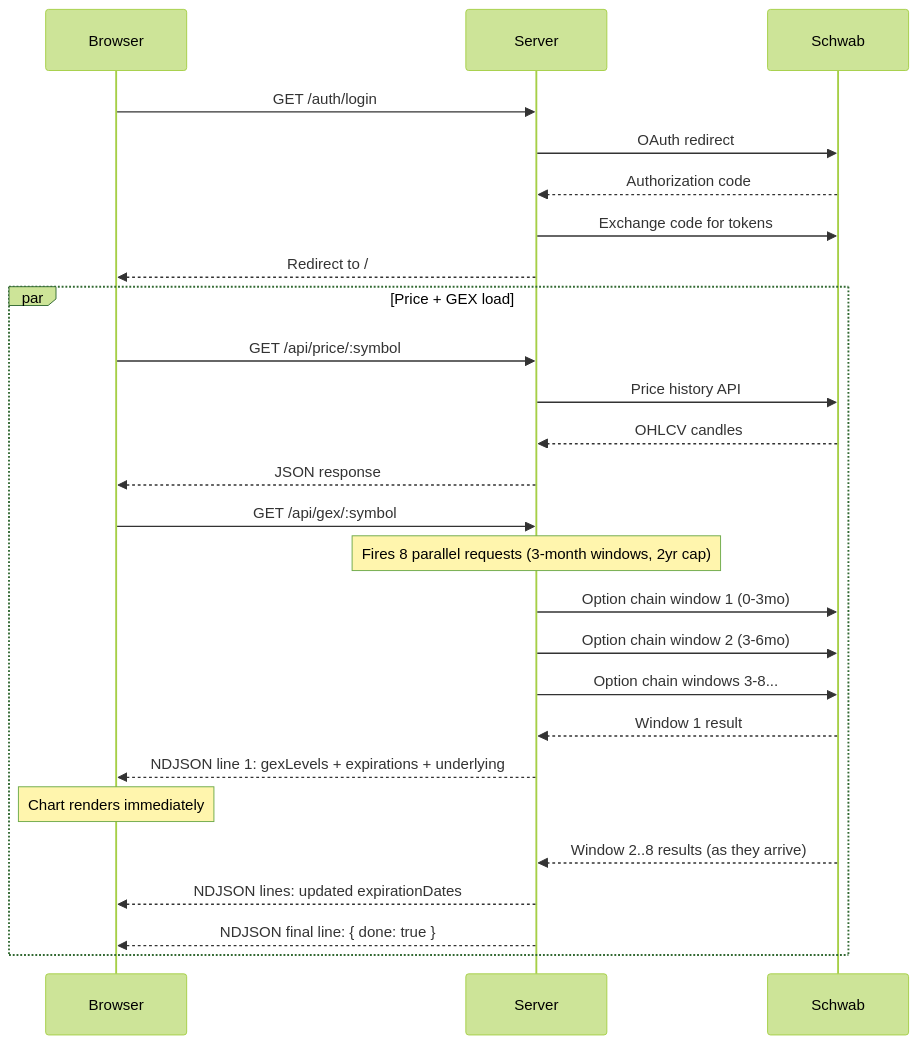
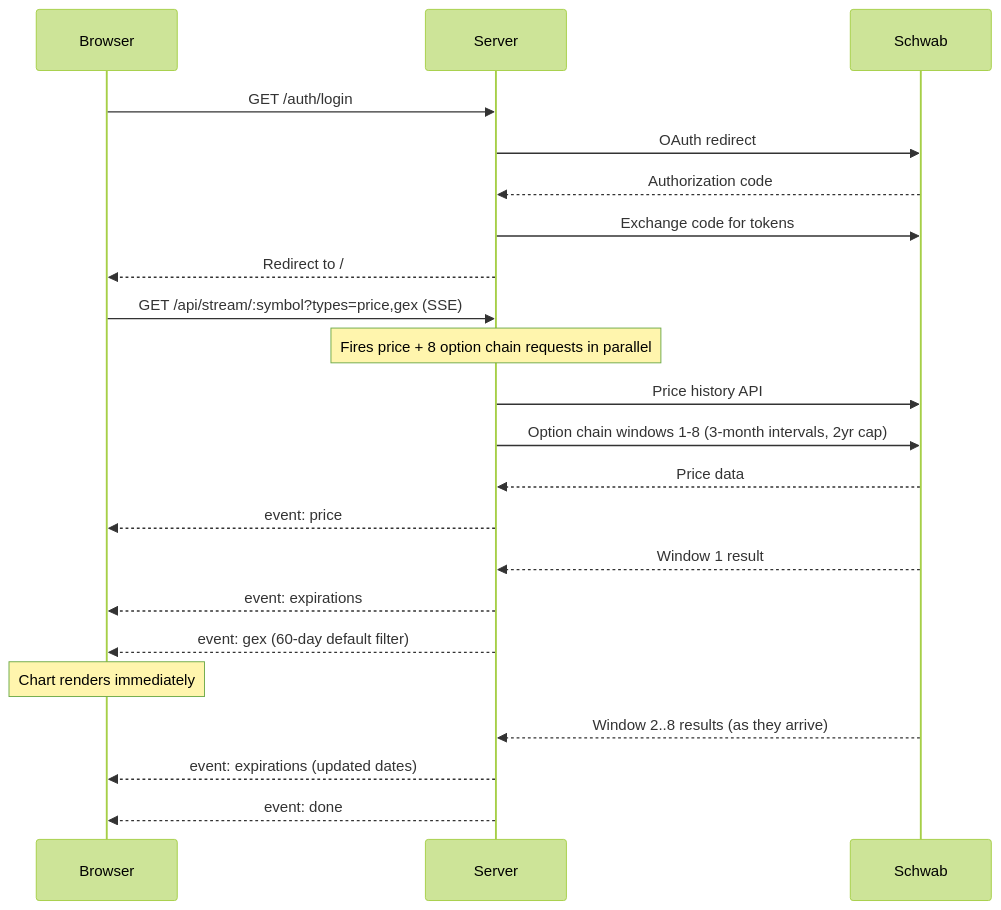
Before and after one commit to abhishek-cha/gex-dash: the diagram in README.md, drawn with Mermaid (forest theme). The commit also changed other lines of this file and 7 other files, not shown here.

Commit message:
migrate all data fetching to SSE

````diff
--- a/README.md
+++ b/README.md
@@ -34,31 +33,26 @@
 ```mermaid
 sequenceDiagram
     participant Browser
     participant Server
     participant Schwab
 
     Browser->>Server: GET /auth/login
     Server->>Schwab: OAuth redirect
     Schwab-->>Server: Authorization code
     Server->>Schwab: Exchange code for tokens
     Server-->>Browser: Redirect to /
 
-    par Price + GEX load
-        Browser->>Server: GET /api/price/:symbol
-        Server->>Schwab: Price history API
-        Schwab-->>Server: OHLCV candles
-        Server-->>Browser: JSON response
-
-        Browser->>Server: GET /api/gex/:symbol
-        Note over Server: Fires 8 parallel requests (3-month windows, 2yr cap)
-        Server->>Schwab: Option chain window 1 (0-3mo)
-        Server->>Schwab: Option chain window 2 (3-6mo)
-        Server->>Schwab: Option chain windows 3-8...
-        Schwab-->>Server: Window 1 result
-        Server-->>Browser: NDJSON line 1: gexLevels + expirations + underlying
-        Note over Browser: Chart renders immediately
-        Schwab-->>Server: Window 2..8 results (as they arrive)
-        Server-->>Browser: NDJSON lines: updated expirationDates
-        Server-->>Browser: NDJSON final line: { done: true }
-    end
+    Browser->>Server: GET /api/stream/:symbol?types=price,gex (SSE)
+    Note over Server: Fires price + 8 option chain requests in parallel
+    Server->>Schwab: Price history API
+    Server->>Schwab: Option chain windows 1-8 (3-month intervals, 2yr cap)
+    Schwab-->>Server: Price data
+    Server-->>Browser: event: price
+    Schwab-->>Server: Window 1 result
+    Server-->>Browser: event: expirations
+    Server-->>Browser: event: gex (60-day default filter)
+    Note over Browser: Chart renders immediately
+    Schwab-->>Server: Window 2..8 results (as they arrive)
+    Server-->>Browser: event: expirations (updated dates)
+    Server-->>Browser: event: done
 ```
````
